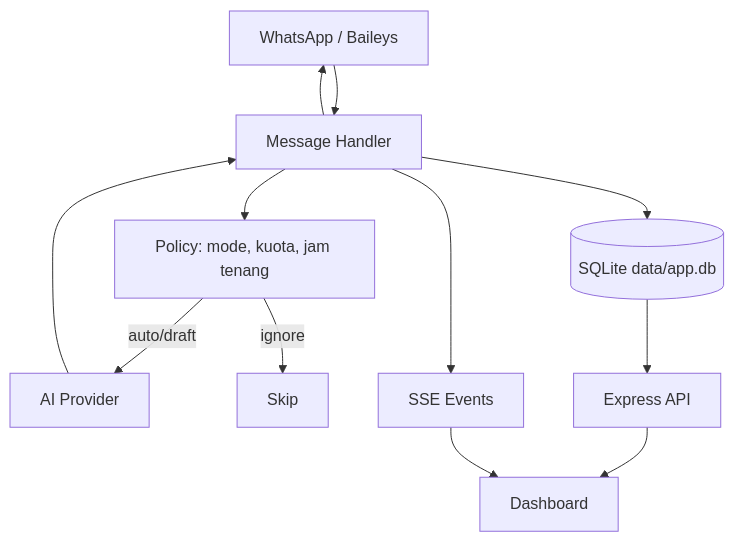
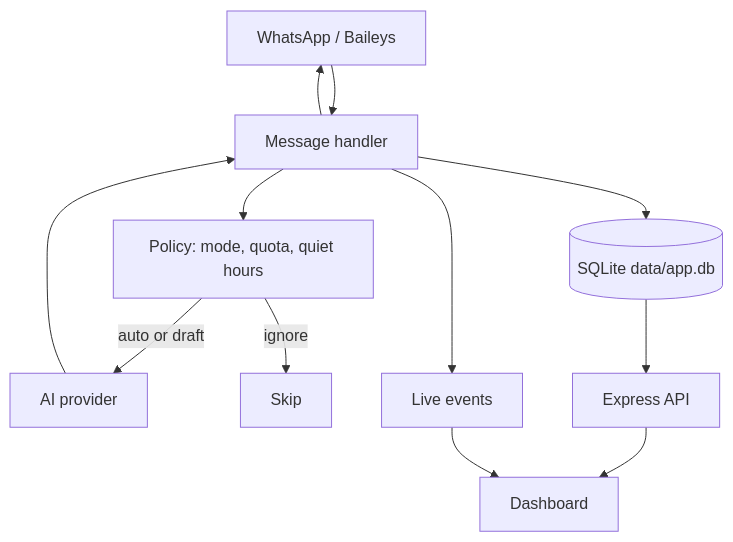
The diagram in docs/ARCHITECTURE.md (CheztaGenZ/Tutur-Umkm-Assistant), drawn with Mermaid before and after one commit. The commit also changed other lines of this file and 14 other files, not shown here.

````diff
--- a/docs/ARCHITECTURE.md
+++ b/docs/ARCHITECTURE.md
@@ -5,14 +5,14 @@
 ```mermaid
 flowchart TD
-  WA[WhatsApp / Baileys] --> H[Message Handler]
-  H --> P[Policy: mode, kuota, jam tenang]
-  P -->|auto/draft| AI[AI Provider]
+  WA[WhatsApp / Baileys] --> H[Message handler]
+  H --> P[Policy: mode, quota, quiet hours]
+  P -->|auto or draft| AI[AI provider]
   P -->|ignore| X[Skip]
   AI --> H
   H --> DB[(SQLite data/app.db)]
   H --> WA
-  H --> SSE[SSE Events]
+  H --> SSE[Live events]
   DB --> API[Express API]
   API --> UI[Dashboard]
   SSE --> UI
 ```
````
